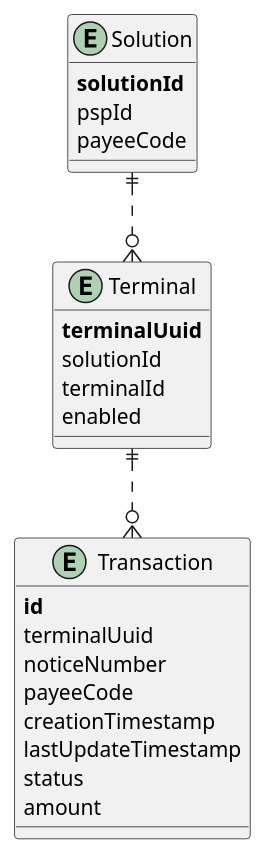
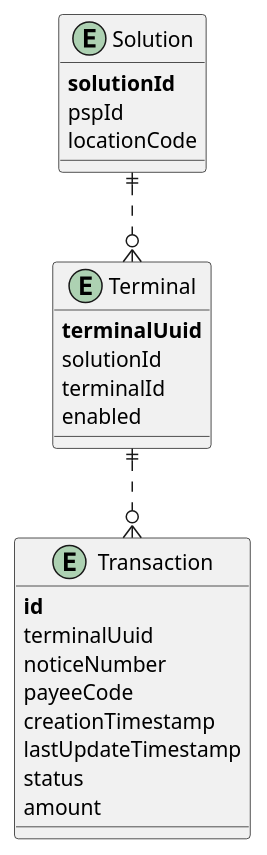
The diagram in src/site/puml/er/er.puml (pagopa/mil-papos), drawn with PlantUML before and after one commit. The commit also changed 1 other file, not shown here.

```diff
--- a/src/site/puml/er/er.puml
+++ b/src/site/puml/er/er.puml
@@ -1,30 +1,30 @@
 @startuml
 skinparam linetype ortho
 
 entity "Solution" as sol {
 	**solutionId**
 	pspId
-	payeeCode
+	locationCode
 }
 
 entity "Terminal" as pos {
 	**terminalUuid**
 	solutionId
 	terminalId
 	enabled
 }
 
 entity "Transaction" as trx {
 	**id**
 	terminalUuid
 	noticeNumber
 	payeeCode
 	creationTimestamp
 	lastUpdateTimestamp
 	status
 	amount
 }
 
 sol ||..o{ pos
 pos ||..o{ trx
 @enduml
```
